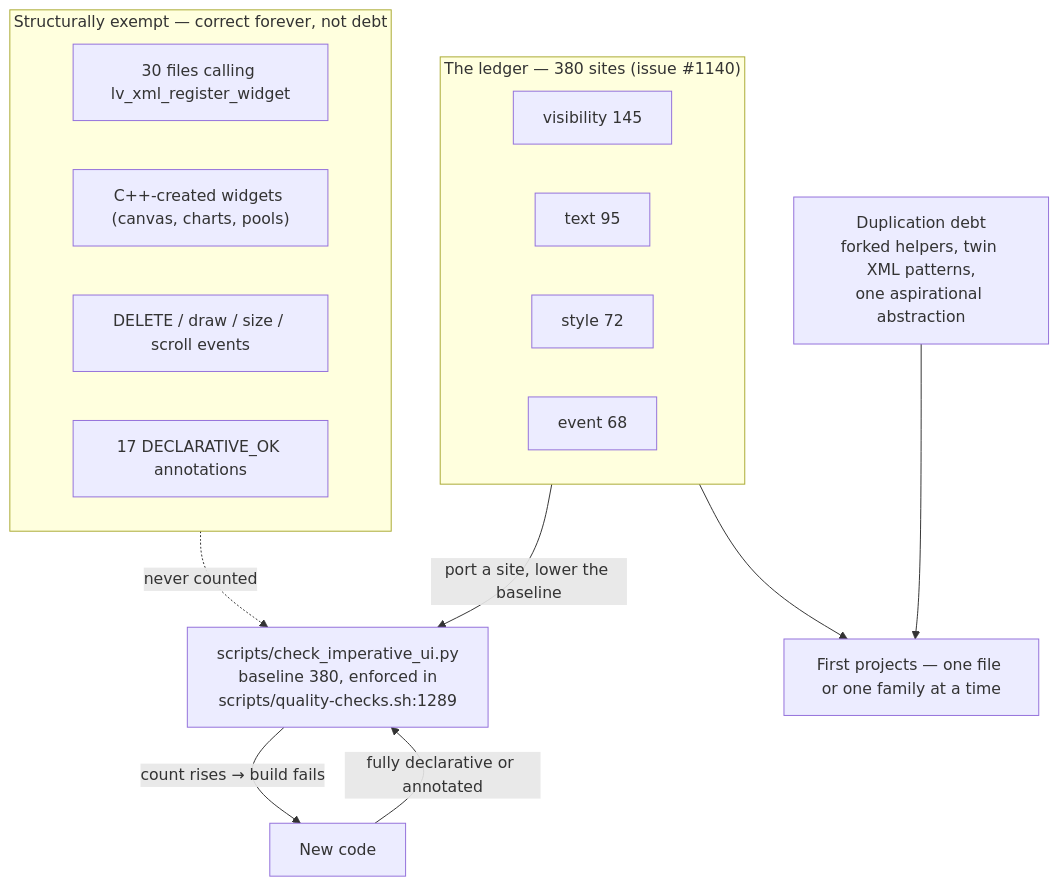
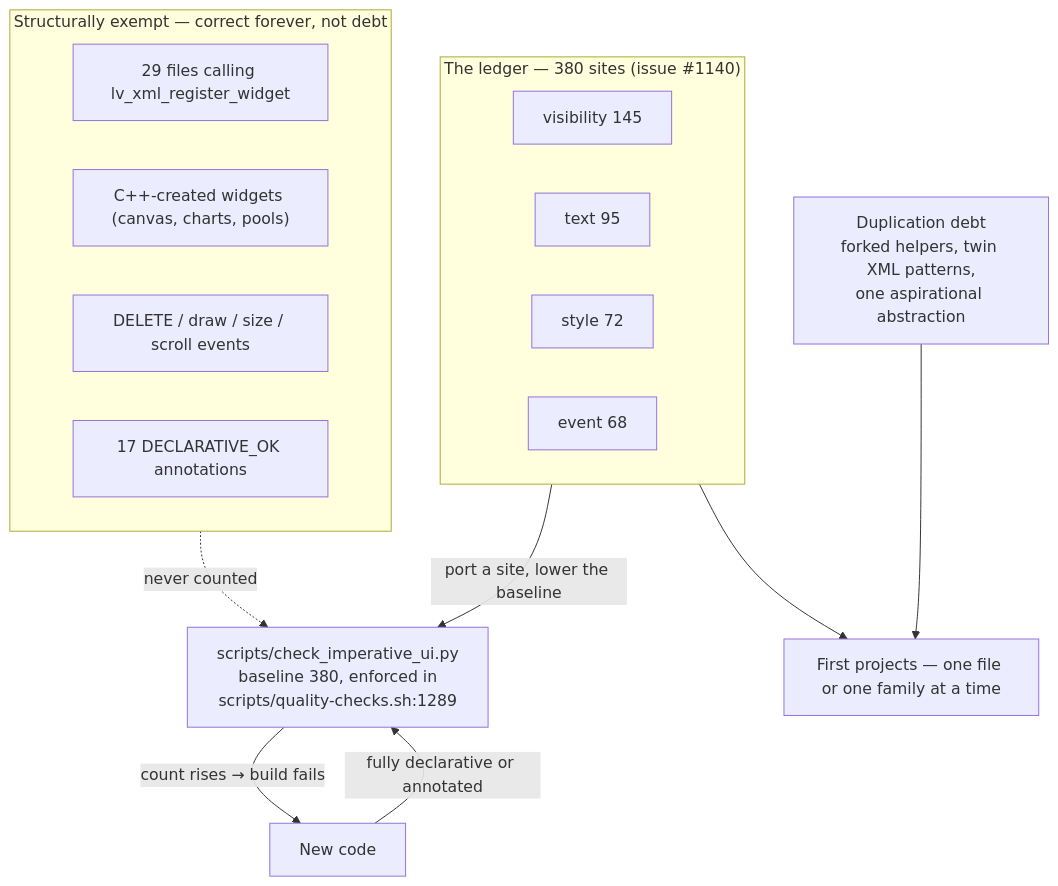
The diagram in docs/devel/architecture/15-known-debt.md (Klipper4FlashForge/helixscreen), drawn with Mermaid before and after one commit. The commit also changed other lines of this file, not shown here.

Commit message:
docs(architecture): ch 15 — correct lv_xml_register_widget caller count to 29
Review found the '(counted: 30)' tolerations row and mermaid node wrong:
rg -l over src/+include/ yields 31 files, but two are the attribute
validator's regex references (src/tools/xml_attribute_validator.cpp:89,
include/xml_attribute_validator.h:49), which scan for the pattern, not
call it — 29 caller files. Both chapter sites fixed; the row now states
the classification so the recount is reproducible. Root CLAUDE.md's
'30 files' figure is stale the same way (29 callers; 31 including the
validator) — left for the Task 18 CLAUDE.md pass. check_doc_refs exit 0;
202 lines.

````diff
--- a/docs/devel/architecture/15-known-debt.md
+++ b/docs/devel/architecture/15-known-debt.md
@@ -7,26 +7,26 @@
 ```mermaid
 flowchart TD
     NEW["New code"] -->|"fully declarative or annotated"| GATE
 
     subgraph LEDGER["The ledger — 380 sites (issue #1140)"]
         V["visibility 145"]
         T["text 95"]
         S["style 72"]
         E["event 68"]
     end
 
     GATE["scripts/check_imperative_ui.py<br/>baseline 380, enforced in<br/>scripts/quality-checks.sh:1289"]
     LEDGER -->|"port a site, lower the baseline"| GATE
     GATE -->|"count rises → build fails"| NEW
 
     subgraph EXEMPT["Structurally exempt — correct forever, not debt"]
-        W["30 files calling lv_xml_register_widget"]
+        W["29 files calling lv_xml_register_widget"]
         C["C++-created widgets (canvas, charts, pools)"]
         H["DELETE / draw / size / scroll events"]
         A["17 DECLARATIVE_OK annotations"]
     end
     EXEMPT -.->|"never counted"| GATE
 
     DUP["Duplication debt<br/>forked helpers, twin XML patterns,<br/>one aspirational abstraction"] --> PROJECTS
     LEDGER --> PROJECTS["First projects — one file or one family at a time"]
 ```
````
